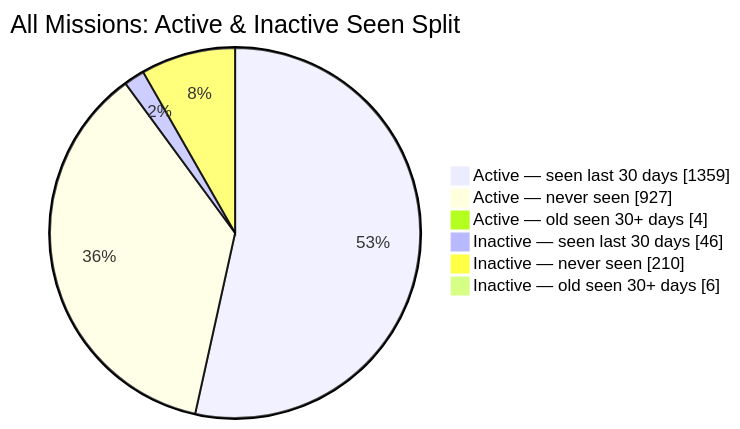
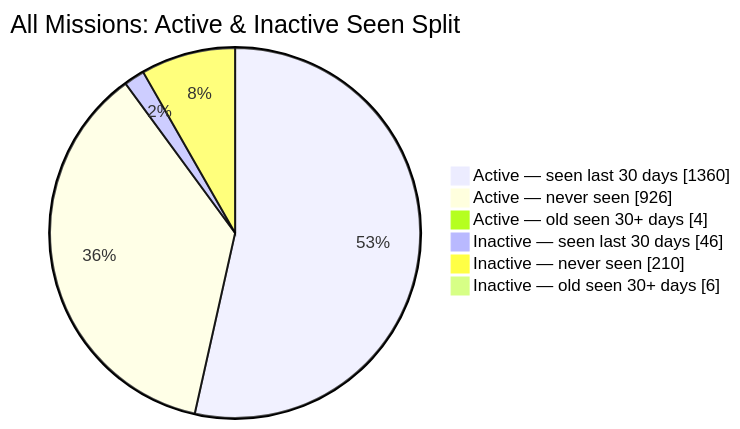
One commit to MeldkamerspelGameTeam/active-missions changed the second of 2 diagrams in README.md. Above: the diagram before and after it, drawn with Mermaid. The commit also changed other lines of this file and 2 other files, not shown here.

````diff
--- a/README.md
+++ b/README.md
@@ -44,10 +44,10 @@
 ```mermaid
 pie showData
     title All Missions: Active & Inactive Seen Split
-    "Active — seen last 30 days" : 1359
-    "Active — never seen" : 927
+    "Active — seen last 30 days" : 1360
+    "Active — never seen" : 926
     "Active — old seen 30+ days" : 4
     "Inactive — seen last 30 days" : 46
     "Inactive — never seen" : 210
     "Inactive — old seen 30+ days" : 6
 ```
````
